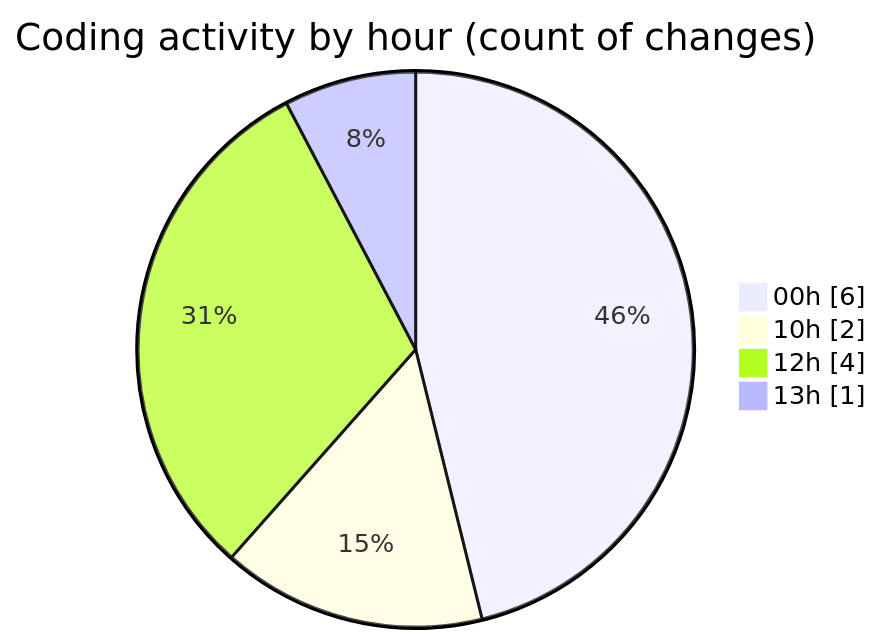
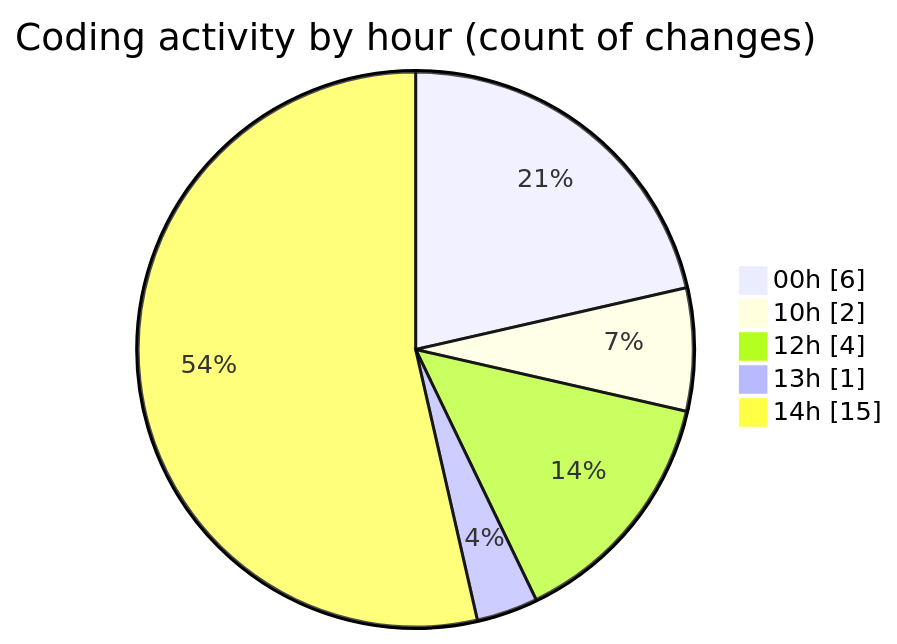
Before and after one commit to nxtqubesakshisongat/code-tracking: the second of 2 diagrams in 2025-06-04/nxtqube_webapp/README.md, drawn with Mermaid. The commit also changed other lines of this file and 1 other file, not shown here.

````diff
--- a/2025-06-04/nxtqube_webapp/README.md
+++ b/2025-06-04/nxtqube_webapp/README.md
@@ -29,8 +31,9 @@
 ```mermaid
 pie showData
 title Coding activity by hour (count of changes)
 "00h" : 6
 "10h" : 2
 "12h" : 4
 "13h" : 1
+"14h" : 15
 ```
````
